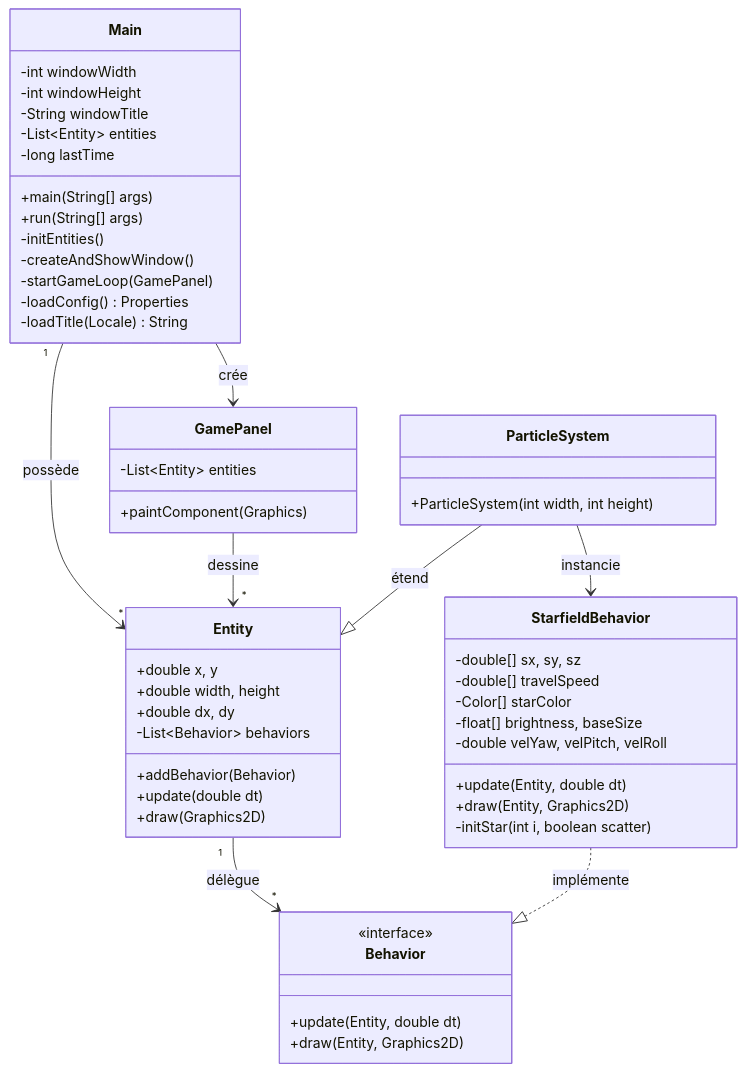
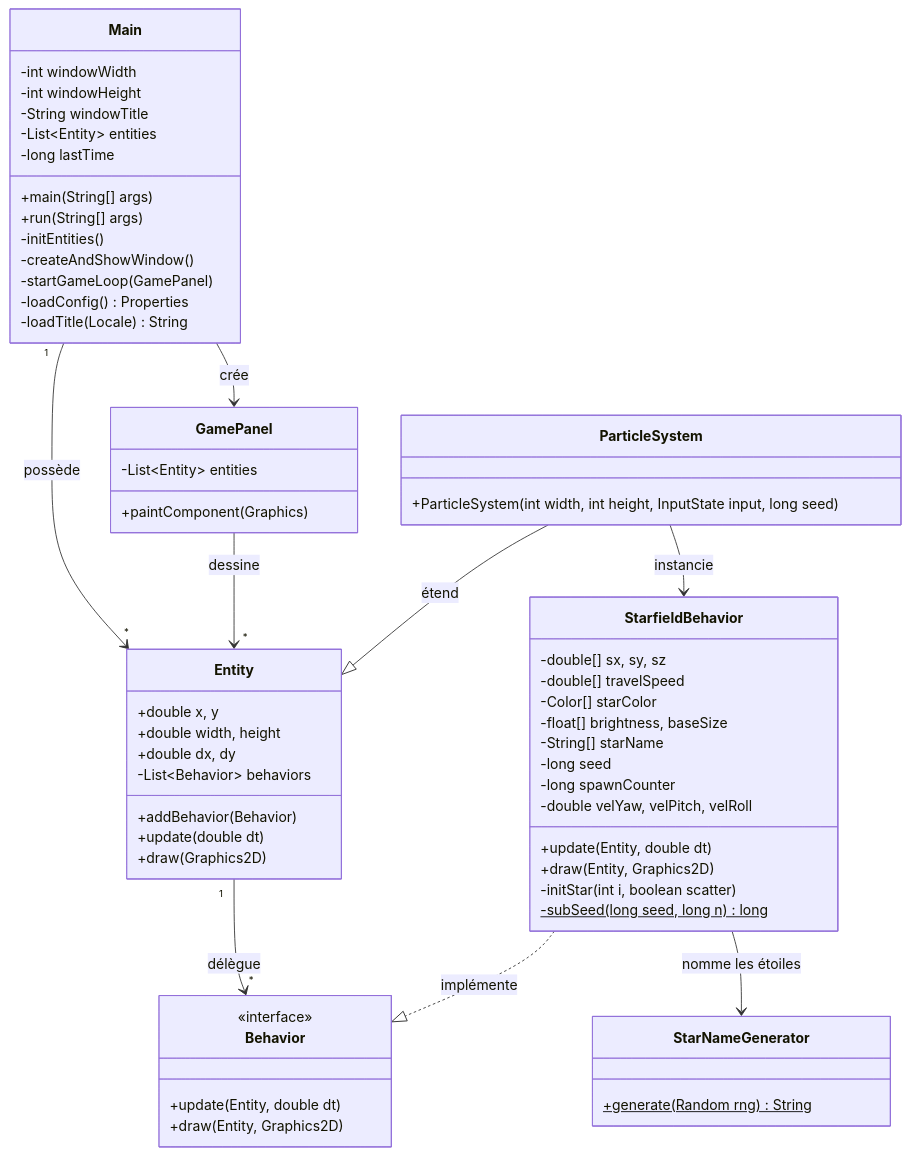
One commit to mcgivrer/demo001-arm64 changed the first of 3 diagrams in src/docs/01-architecture.md. Above: the diagram before and after it, drawn with Mermaid. The commit also changed 11 other files, not shown here.

````diff
--- a/src/docs/01-architecture.md
+++ b/src/docs/01-architecture.md
@@ -24,61 +24,70 @@
 ```mermaid
 classDiagram
     class Main {
         -int windowWidth
         -int windowHeight
         -String windowTitle
         -List~Entity~ entities
         -long lastTime
         +main(String[] args)
         +run(String[] args)
         -initEntities()
         -createAndShowWindow()
         -startGameLoop(GamePanel)
         -loadConfig() Properties
         -loadTitle(Locale) String
     }
 
     class GamePanel {
         -List~Entity~ entities
         +paintComponent(Graphics)
     }
 
     class Entity {
         +double x, y
         +double width, height
         +double dx, dy
         -List~Behavior~ behaviors
         +addBehavior(Behavior)
         +update(double dt)
         +draw(Graphics2D)
     }
 
     class Behavior {
         <<interface>>
         +update(Entity, double dt)
         +draw(Entity, Graphics2D)
     }
 
     class ParticleSystem {
-        +ParticleSystem(int width, int height)
+        +ParticleSystem(int width, int height, InputState input, long seed)
     }
 
     class StarfieldBehavior {
         -double[] sx, sy, sz
         -double[] travelSpeed
         -Color[] starColor
         -float[] brightness, baseSize
+        -String[] starName
+        -long seed
+        -long spawnCounter
         -double velYaw, velPitch, velRoll
         +update(Entity, double dt)
         +draw(Entity, Graphics2D)
         -initStar(int i, boolean scatter)
+        -subSeed(long seed, long n)$ long
+    }
+
+    class StarNameGenerator {
+        +generate(Random rng)$ String
     }
 
     Main --> GamePanel : crée
     Main "1" --> "*" Entity : possède
     GamePanel --> "*" Entity : dessine
     Entity "1" --> "*" Behavior : délègue
     ParticleSystem --|> Entity : étend
     StarfieldBehavior ..|> Behavior : implémente
     ParticleSystem --> StarfieldBehavior : instancie
+    StarfieldBehavior --> StarNameGenerator : nomme les étoiles
 ```
````
